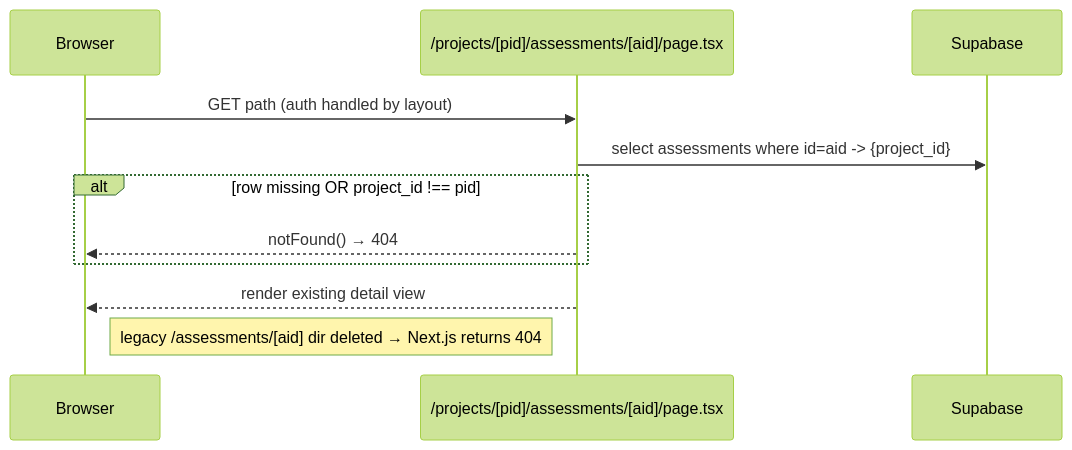
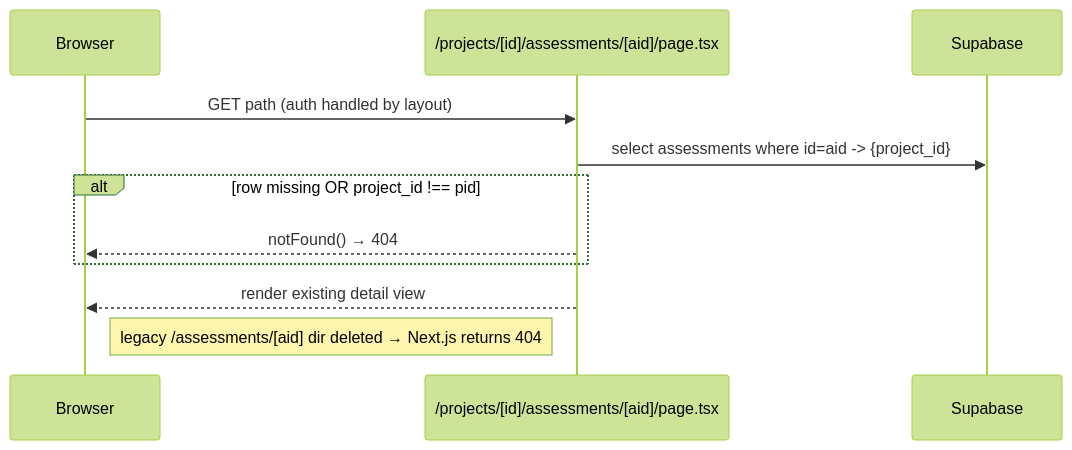
Before and after one commit to mironyx/feature-comprehension-score: the fourth of 6 diagrams in docs/design/lld-v11-e11-2-fcs-scoped-to-projects.md, drawn with Mermaid (forest theme). The commit also changed other lines of this file and 3 other files, not shown here.

````diff
--- a/docs/design/lld-v11-e11-2-fcs-scoped-to-projects.md
+++ b/docs/design/lld-v11-e11-2-fcs-scoped-to-projects.md
@@ -91,13 +104,13 @@
 ```mermaid
 sequenceDiagram
   participant B as Browser
-  participant R as /projects/[pid]/assessments/[aid]/page.tsx
+  participant R as /projects/[id]/assessments/[aid]/page.tsx
   participant DB as Supabase
   B->>R: GET path (auth handled by layout)
   R->>DB: select assessments where id=aid -> {project_id}
   alt row missing OR project_id !== pid
     R-->>B: notFound() → 404
   end
   R-->>B: render existing detail view
   Note right of B: legacy /assessments/[aid] dir deleted → Next.js returns 404
 ```
````
